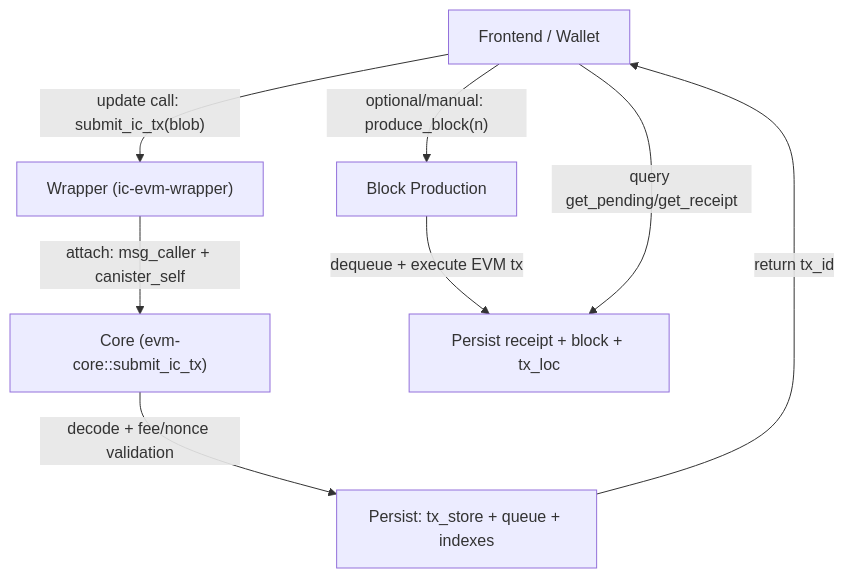
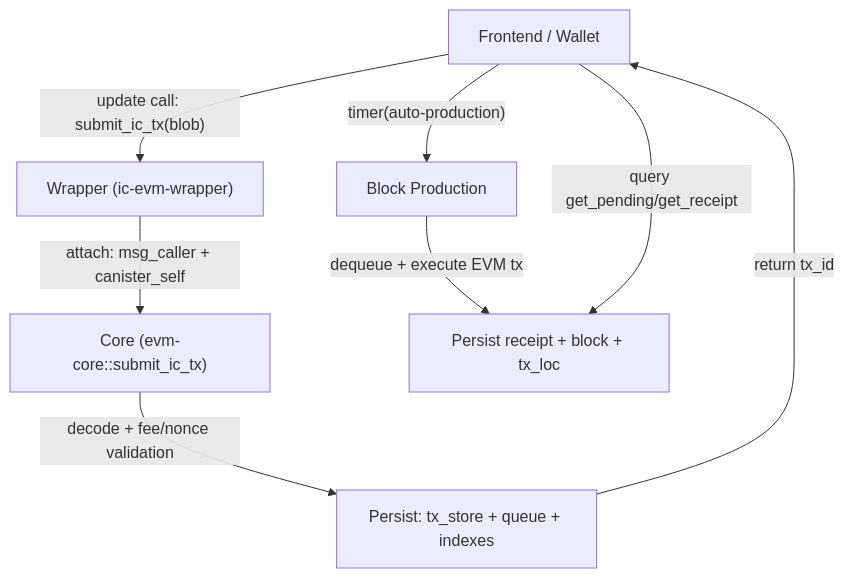
The first of 3 diagrams in README.md (humandebri/Kasane), drawn with Mermaid before and after one commit. The commit also changed other lines of this file and 21 other files, not shown here.

````diff
--- a/README.md
+++ b/README.md
@@ -74,10 +73,10 @@
 ```mermaid
 flowchart TD
   A["Frontend / Wallet"] -->|"update call: submit_ic_tx(blob)"| B["Wrapper (ic-evm-wrapper)"]
   B -->|"attach: msg_caller + canister_self"| C["Core (evm-core::submit_ic_tx)"]
   C -->|"decode + fee/nonce validation"| D["Persist: tx_store + queue + indexes"]
   D -->|"return tx_id"| A
-  A -->|"optional/manual: produce_block(n)"| E["Block Production"]
+  A -->|"timer(auto-production)"| E["Block Production"]
   E -->|"dequeue + execute EVM tx"| F["Persist receipt + block + tx_loc"]
   A -->|"query get_pending/get_receipt"| F
 ```
````
